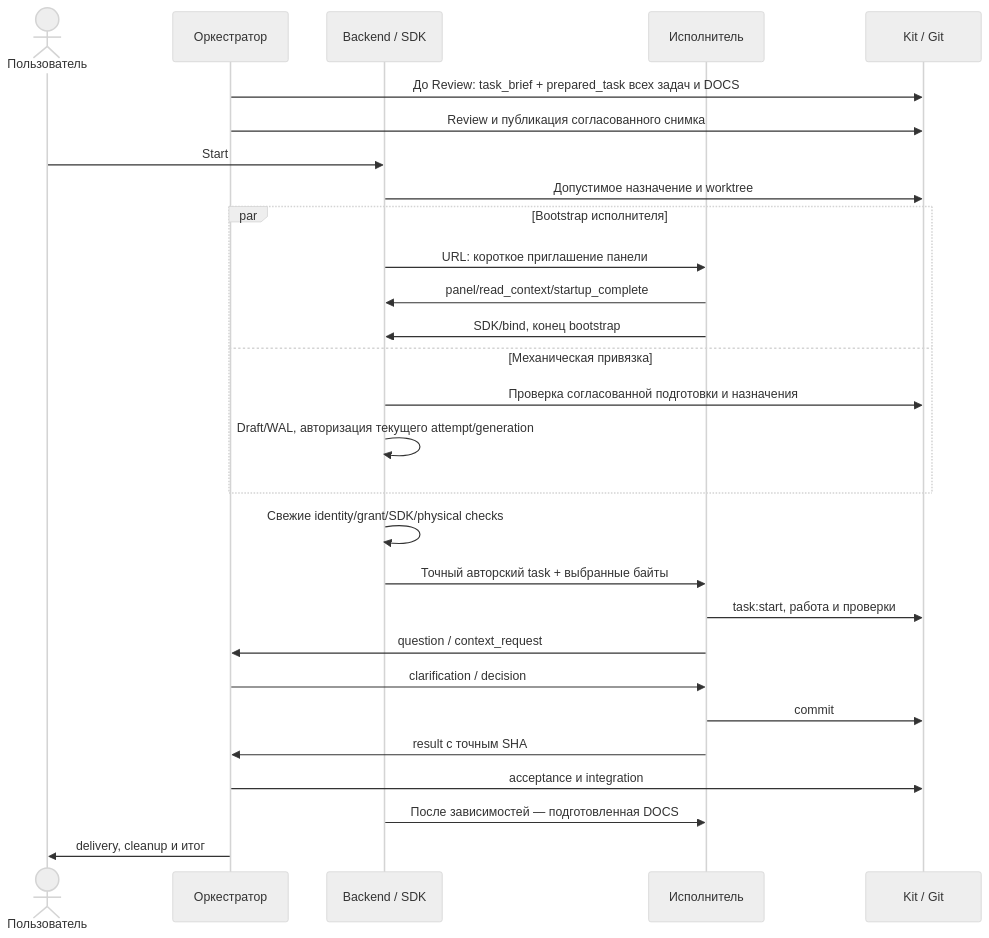
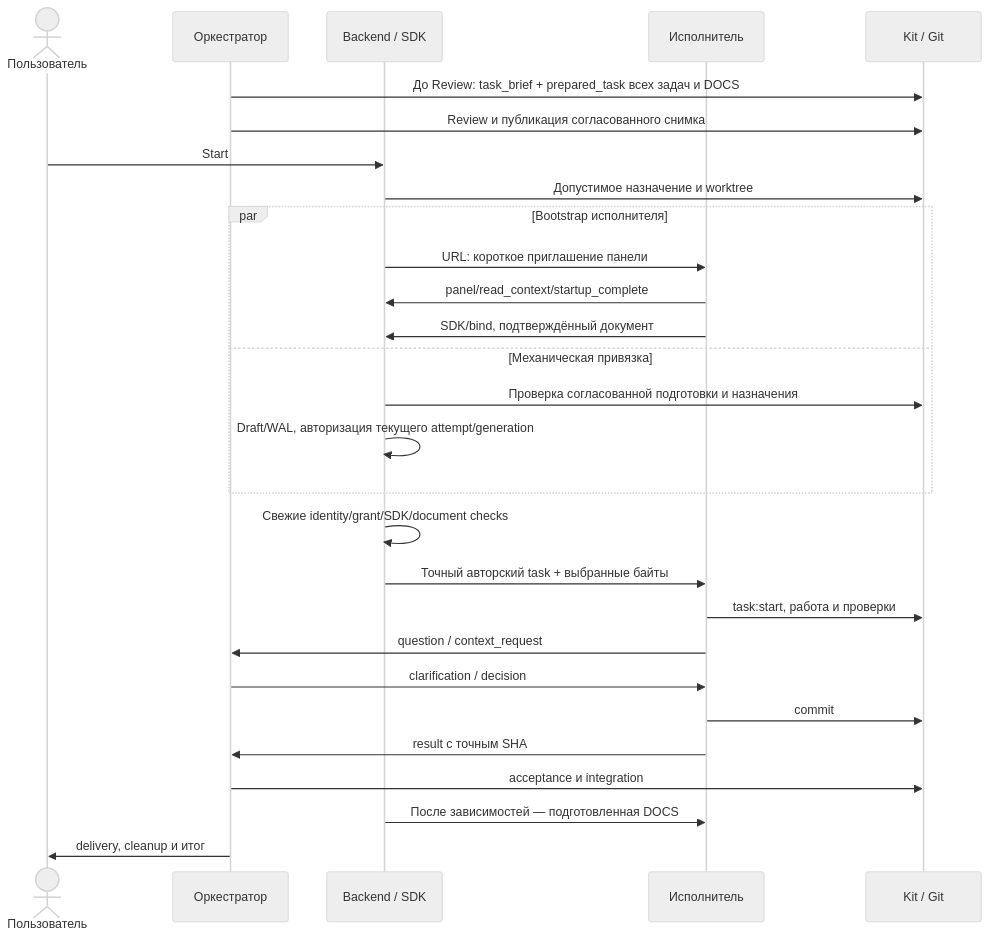
One commit to OleynikAleksandr/Workflow_Pilot changed the diagram in docs/modules/assignment-dialogue.md. Above: the diagram before and after it, drawn with Mermaid (neutral theme). The commit also changed other lines of this file and 27 other files, not shown here.

````diff
--- a/docs/modules/assignment-dialogue.md
+++ b/docs/modules/assignment-dialogue.md
@@ -22,30 +22,30 @@
 ```mermaid
 sequenceDiagram
     actor U as Пользователь
     participant O as Оркестратор
     participant B as Backend / SDK
     participant E as Исполнитель
     participant K as Kit / Git
     O->>K: До Review: task_brief + prepared_task всех задач и DOCS
     O->>K: Review и публикация согласованного снимка
     U->>B: Start
     B->>K: Допустимое назначение и worktree
     par Bootstrap исполнителя
         B->>E: URL: короткое приглашение панели
         E->>B: panel/read_context/startup_complete
-        E->>B: SDK/bind, конец bootstrap
+        E->>B: SDK/bind, подтверждённый документ
     and Механическая привязка
         B->>K: Проверка согласованной подготовки и назначения
         B->>B: Draft/WAL, авторизация текущего attempt/generation
     end
-    B->>B: Свежие identity/grant/SDK/physical checks
+    B->>B: Свежие identity/grant/SDK/document checks
     B->>E: Точный авторский task + выбранные байты
     E->>K: task:start, работа и проверки
     E->>O: question / context_request
     O->>E: clarification / decision
     E->>K: commit
     E->>O: result с точным SHA
     O->>K: acceptance и integration
     B->>E: После зависимостей — подготовленная DOCS
     O->>U: delivery, cleanup и итог
 ```
````
